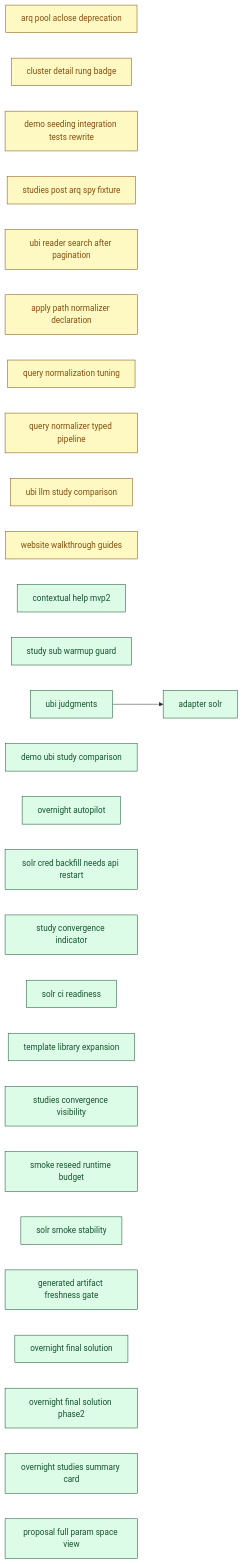
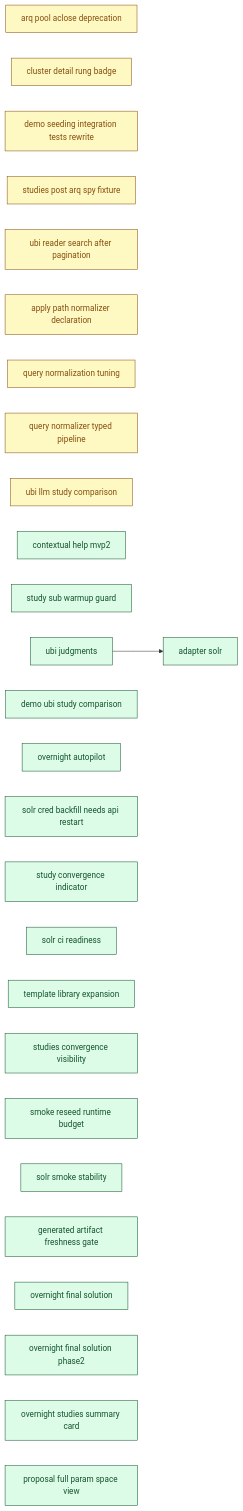
One commit to SoundMindsAI/relyloop changed the diagram in docs/00_overview/MVP2_DASHBOARD.md. Above: the diagram before and after it, drawn with Mermaid. The commit also changed other lines of this file and 9 other files, not shown here.

First line of the commit message:
docs: finalize feat_website_walkthrough_guides (PR #448 merged) (#449)

````diff
--- a/docs/00_overview/MVP2_DASHBOARD.md
+++ b/docs/00_overview/MVP2_DASHBOARD.md
@@ -114,65 +113,63 @@
 ```mermaid
 graph LR
   classDef done fill:#dcfce7,stroke:#14532d,color:#14532d;
   classDef implement fill:#ffedd5,stroke:#9a3412,color:#9a3412;
   classDef plan fill:#fef9c3,stroke:#854d0e,color:#854d0e;
   classDef spec fill:#dbeafe,stroke:#1e40af,color:#1e40af;
   classDef idea fill:#f1f5f9,stroke:#334155,color:#334155;
   chore_arq_pool_aclose_deprecation["arq pool aclose deprecation"]
   class chore_arq_pool_aclose_deprecation plan;
   chore_cluster_detail_rung_badge["cluster detail rung badge"]
   class chore_cluster_detail_rung_badge plan;
   chore_demo_seeding_integration_tests_rewrite["demo seeding integration tests rewrite"]
   class chore_demo_seeding_integration_tests_rewrite plan;
   chore_studies_post_arq_spy_fixture["studies post arq spy fixture"]
   class chore_studies_post_arq_spy_fixture plan;
   chore_ubi_reader_search_after_pagination["ubi reader search after pagination"]
   class chore_ubi_reader_search_after_pagination plan;
   feat_apply_path_normalizer_declaration["apply path normalizer declaration"]
   class feat_apply_path_normalizer_declaration plan;
   feat_query_normalization_tuning["query normalization tuning"]
   class feat_query_normalization_tuning plan;
   feat_query_normalizer_typed_pipeline["query normalizer typed pipeline"]
   class feat_query_normalizer_typed_pipeline plan;
   feat_ubi_llm_study_comparison["ubi llm study comparison"]
   class feat_ubi_llm_study_comparison plan;
-  feat_website_walkthrough_guides["website walkthrough guides"]
-  class feat_website_walkthrough_guides plan;
   feat_contextual_help_mvp2["contextual help mvp2"]
   class feat_contextual_help_mvp2 done;
   feat_study_sub_warmup_guard["study sub warmup guard"]
   class feat_study_sub_warmup_guard done;
   feat_ubi_judgments["ubi judgments"]
   class feat_ubi_judgments done;
   feat_demo_ubi_study_comparison["demo ubi study comparison"]
   class feat_demo_ubi_study_comparison done;
   feat_overnight_autopilot["overnight autopilot"]
   class feat_overnight_autopilot done;
   infra_adapter_solr["adapter solr"]
   class infra_adapter_solr done;
   chore_solr_cred_backfill_needs_api_restart["solr cred backfill needs api restart"]
   class chore_solr_cred_backfill_needs_api_restart done;
   feat_study_convergence_indicator["study convergence indicator"]
   class feat_study_convergence_indicator done;
   infra_solr_ci_readiness["solr ci readiness"]
   class infra_solr_ci_readiness done;
   chore_template_library_expansion["template library expansion"]
   class chore_template_library_expansion done;
   feat_studies_convergence_visibility["studies convergence visibility"]
   class feat_studies_convergence_visibility done;
   infra_smoke_reseed_runtime_budget["smoke reseed runtime budget"]
   class infra_smoke_reseed_runtime_budget done;
   infra_solr_smoke_stability["solr smoke stability"]
   class infra_solr_smoke_stability done;
   infra_generated_artifact_freshness_gate["generated artifact freshness gate"]
   class infra_generated_artifact_freshness_gate done;
   feat_overnight_final_solution["overnight final solution"]
   class feat_overnight_final_solution done;
   feat_overnight_final_solution_phase2["overnight final solution phase2"]
   class feat_overnight_final_solution_phase2 done;
   feat_overnight_studies_summary_card["overnight studies summary card"]
   class feat_overnight_studies_summary_card done;
   feat_proposal_full_param_space_view["proposal full param space view"]
   class feat_proposal_full_param_space_view done;
   feat_ubi_judgments --> infra_adapter_solr
 ```
````
